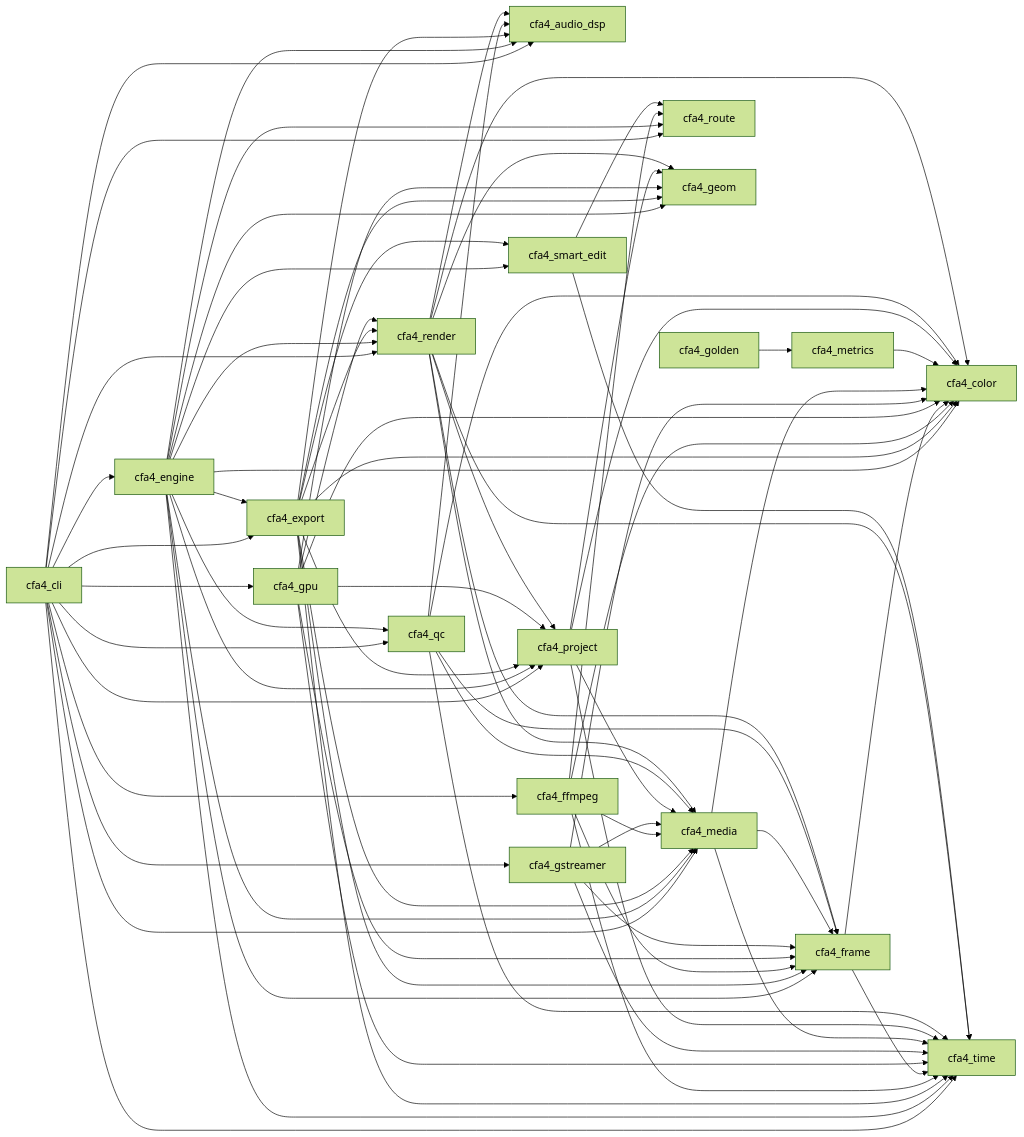
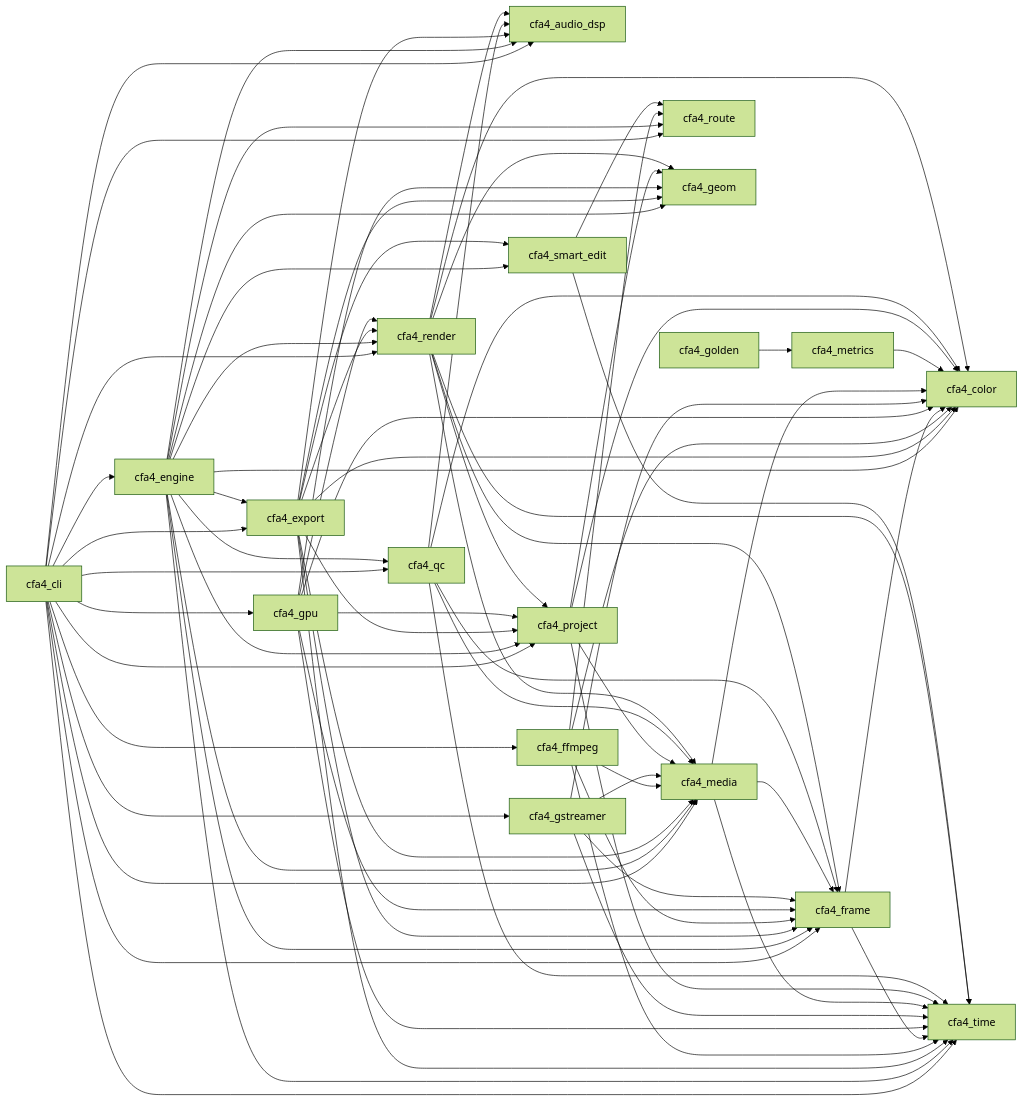
Before and after one commit to ubuntuokos/CinemaFundArchitecture4: the diagram in docs/audit/render-f0a/call-graph.md, drawn with Mermaid (forest theme). The commit also changed other lines of this file and 1 other file, not shown here.

First line of the commit message:
B-03: refresh the render inventory (media → truehd, cfa4-cli → hrtf)

````diff
--- a/docs/audit/render-f0a/call-graph.md
+++ b/docs/audit/render-f0a/call-graph.md
@@ -11,76 +11,77 @@
 ```mermaid
 graph LR
   cfa4_cli --> cfa4_audio_dsp
   cfa4_cli --> cfa4_engine
   cfa4_cli --> cfa4_export
   cfa4_cli --> cfa4_ffmpeg
+  cfa4_cli --> cfa4_frame
   cfa4_cli --> cfa4_gpu
   cfa4_cli --> cfa4_gstreamer
   cfa4_cli --> cfa4_media
   cfa4_cli --> cfa4_project
   cfa4_cli --> cfa4_qc
   cfa4_cli --> cfa4_render
   cfa4_cli --> cfa4_route
   cfa4_cli --> cfa4_time
   cfa4_engine --> cfa4_audio_dsp
   cfa4_engine --> cfa4_color
   cfa4_engine --> cfa4_export
   cfa4_engine --> cfa4_frame
   cfa4_engine --> cfa4_geom
   cfa4_engine --> cfa4_media
   cfa4_engine --> cfa4_project
   cfa4_engine --> cfa4_qc
   cfa4_engine --> cfa4_render
   cfa4_engine --> cfa4_route
   cfa4_engine --> cfa4_smart_edit
   cfa4_engine --> cfa4_time
   cfa4_export --> cfa4_audio_dsp
   cfa4_export --> cfa4_color
   cfa4_export --> cfa4_frame
   cfa4_export --> cfa4_geom
   cfa4_export --> cfa4_media
   cfa4_export --> cfa4_project
   cfa4_export --> cfa4_render
   cfa4_export --> cfa4_smart_edit
   cfa4_export --> cfa4_time
   cfa4_ffmpeg --> cfa4_color
   cfa4_ffmpeg --> cfa4_frame
   cfa4_ffmpeg --> cfa4_media
   cfa4_ffmpeg --> cfa4_route
   cfa4_ffmpeg --> cfa4_time
   cfa4_frame --> cfa4_color
   cfa4_frame --> cfa4_time
   cfa4_golden --> cfa4_metrics
   cfa4_gpu --> cfa4_color
   cfa4_gpu --> cfa4_frame
   cfa4_gpu --> cfa4_geom
   cfa4_gpu --> cfa4_project
   cfa4_gpu --> cfa4_render
   cfa4_gpu --> cfa4_time
   cfa4_gstreamer --> cfa4_color
   cfa4_gstreamer --> cfa4_frame
   cfa4_gstreamer --> cfa4_media
   cfa4_gstreamer --> cfa4_time
   cfa4_media --> cfa4_color
   cfa4_media --> cfa4_frame
   cfa4_media --> cfa4_time
   cfa4_metrics --> cfa4_color
   cfa4_project --> cfa4_color
   cfa4_project --> cfa4_geom
   cfa4_project --> cfa4_media
   cfa4_project --> cfa4_time
   cfa4_qc --> cfa4_audio_dsp
   cfa4_qc --> cfa4_color
   cfa4_qc --> cfa4_frame
   cfa4_qc --> cfa4_media
   cfa4_qc --> cfa4_time
   cfa4_render --> cfa4_audio_dsp
   cfa4_render --> cfa4_color
   cfa4_render --> cfa4_frame
   cfa4_render --> cfa4_geom
   cfa4_render --> cfa4_media
   cfa4_render --> cfa4_project
   cfa4_render --> cfa4_time
   cfa4_smart_edit --> cfa4_route
   cfa4_smart_edit --> cfa4_time
 ```
````
